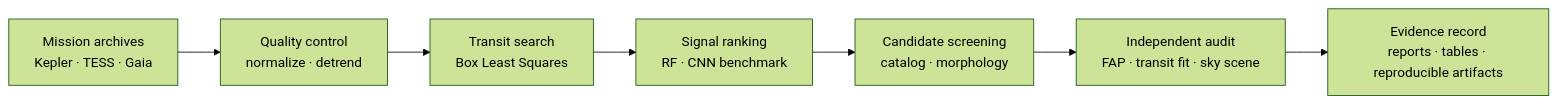
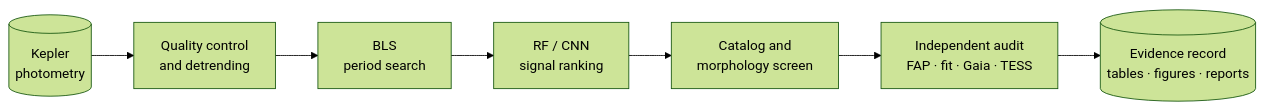
The diagram in README.md (Science-Experimental-Technologies/Exoplanet-Search), drawn with Mermaid (forest theme) before and after one commit. The commit also changed other lines of this file, not shown here.

````diff
--- a/README.md
+++ b/README.md
@@ -32,9 +67,9 @@
 ```mermaid
 flowchart LR
-    A[Mission archives<br/>Kepler · TESS · Gaia] --> B[Quality control<br/>normalize · detrend]
-    B --> C[Transit search<br/>Box Least Squares]
-    C --> D[Signal ranking<br/>RF · CNN benchmark]
-    D --> E[Candidate screening<br/>catalog · morphology]
-    E --> F[Independent audit<br/>FAP · transit fit · sky scene]
-    F --> G[Evidence record<br/>reports · tables · reproducible artifacts]
+    A[(Kepler<br/>photometry)] --> B[Quality control<br/>and detrending]
+    B --> C[BLS<br/>period search]
+    C --> D[RF / CNN<br/>signal ranking]
+    D --> E[Catalog and<br/>morphology screen]
+    E --> F[Independent audit<br/>FAP · fit · Gaia · TESS]
+    F --> G[(Evidence record<br/>tables · figures · reports)]
 ```
````
